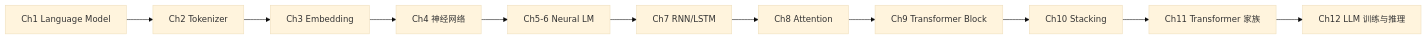
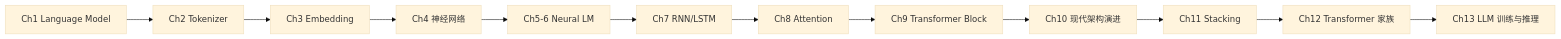
One commit to AI-learning-simple/Build-Your-Own-LLM changed diagram 12 of 12 in 1. LLM基础/13. 大语言模型（LLM）.md. Above: the diagram before and after it, drawn with Mermaid (base theme). The commit also changed other lines of this file and 60 other files, not shown here.

````diff
--- a/1. LLM基础/13. 大语言模型（LLM）.md
+++ b/1. LLM基础/13. 大语言模型（LLM）.md
@@ -460,4 +381,4 @@
 ```mermaid
 flowchart LR
-A["Ch1 Language Model"] --> B["Ch2 Tokenizer"] --> C["Ch3 Embedding"] --> D["Ch4 神经网络"] --> E["Ch5-6 Neural LM"] --> F["Ch7 RNN/LSTM"] --> G["Ch8 Attention"] --> H["Ch9 Transformer Block"] --> I["Ch10 Stacking"] --> J["Ch11 Transformer 家族"] --> K["Ch12 LLM 训练与推理"]
+A["Ch1 Language Model"] --> B["Ch2 Tokenizer"] --> C["Ch3 Embedding"] --> D["Ch4 神经网络"] --> E["Ch5-6 Neural LM"] --> F["Ch7 RNN/LSTM"] --> G["Ch8 Attention"] --> H["Ch9 Transformer Block"] --> I["Ch10 现代架构演进"] --> J["Ch11 Stacking"] --> K["Ch12 Transformer 家族"] --> L["Ch13 LLM 训练与推理"]
 ```
````
